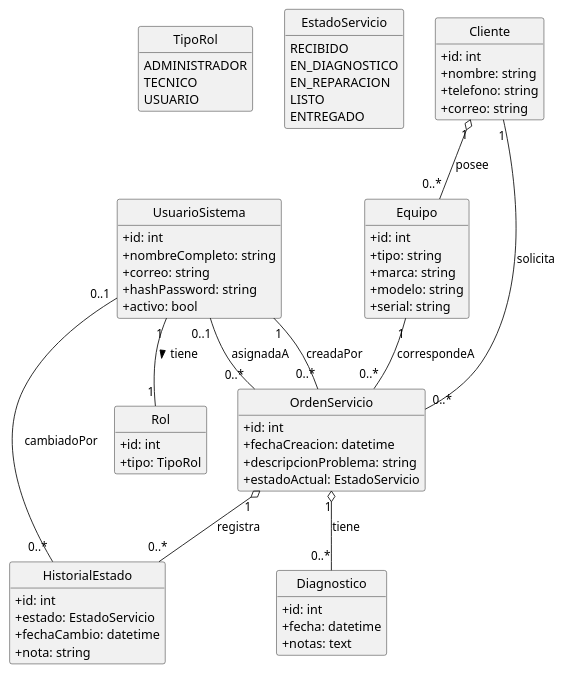
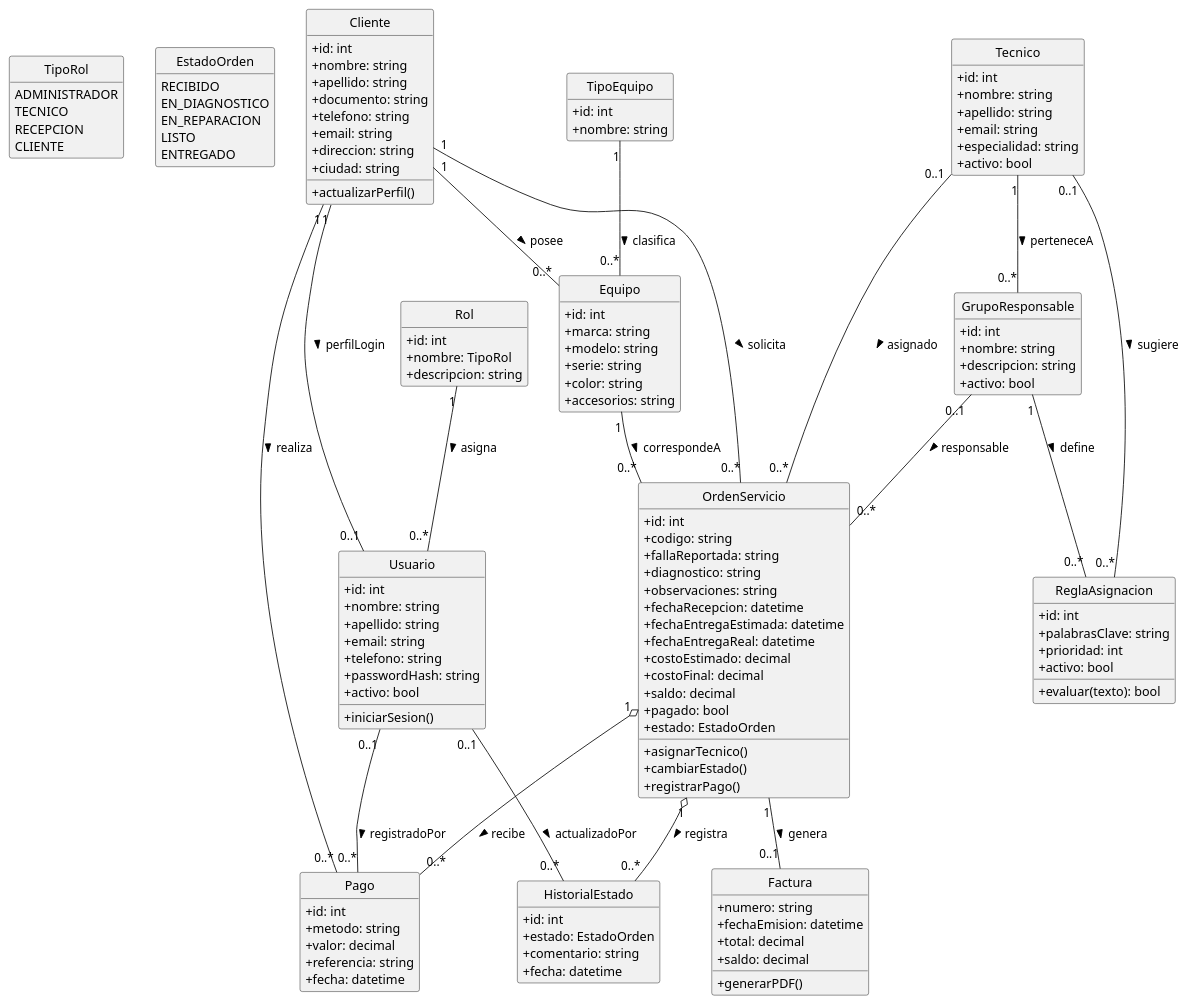
The diagram in ProyectoReparacionEquipos/docs/DiagramaClases.puml (General-Jhon/SoftwareReparacionEquipos), drawn with PlantUML before and after one commit. The commit also changed 4 other files, not shown here.

Commit message:
docs: actualizar historias, diagrama y mockups

```diff
--- a/ProyectoReparacionEquipos/docs/DiagramaClases.puml
+++ b/ProyectoReparacionEquipos/docs/DiagramaClases.puml
@@ -1,96 +1,156 @@
 @startuml
 
-'PARA VISUALIZAR EL DIAGRAMA SE DEBE USAR ALT + D '
+' Visualizar en VS Code con la extension PlantUML (Alt + D)
 skinparam classAttributeIconSize 0
 hide circle
 hide empty members
 
 enum TipoRol {
   ADMINISTRADOR
   TECNICO
-  USUARIO
+  RECEPCION
+  CLIENTE
 }
 
-enum EstadoServicio {
+enum EstadoOrden {
   RECIBIDO
   EN_DIAGNOSTICO
   EN_REPARACION
   LISTO
   ENTREGADO
 }
 
-' =========================
-' Usuarios y roles
-' =========================
-class UsuarioSistema {
+class Rol {
   +id: int
-  +nombreCompleto: string
-  +correo: string
-  +hashPassword: string
+  +nombre: TipoRol
+  +descripcion: string
+}
+
+class Usuario {
+  +id: int
+  +nombre: string
+  +apellido: string
+  +email: string
+  +telefono: string
+  +passwordHash: string
+  +activo: bool
+  +iniciarSesion()
+}
+
+class Cliente {
+  +id: int
+  +nombre: string
+  +apellido: string
+  +documento: string
+  +telefono: string
+  +email: string
+  +direccion: string
+  +ciudad: string
+  +actualizarPerfil()
+}
+
+class Tecnico {
+  +id: int
+  +nombre: string
+  +apellido: string
+  +email: string
+  +especialidad: string
   +activo: bool
 }
 
-class Rol {
+class GrupoResponsable {
   +id: int
-  +tipo: TipoRol
+  +nombre: string
+  +descripcion: string
+  +activo: bool
 }
 
-UsuarioSistema "1" -- "1" Rol : tiene >
+class ReglaAsignacion {
+  +id: int
+  +palabrasClave: string
+  +prioridad: int
+  +activo: bool
+  +evaluar(texto): bool
+}
 
-' =========================
-' Dominio: clientes y equipos
-' =========================
-class Cliente {
+class TipoEquipo {
   +id: int
   +nombre: string
-  +telefono: string
-  +correo: string
 }
 
 class Equipo {
   +id: int
-  +tipo: string
   +marca: string
   +modelo: string
-  +serial: string
+  +serie: string
+  +color: string
+  +accesorios: string
 }
 
-' =========================
-' Orden de servicio
-' =========================
 class OrdenServicio {
   +id: int
-  +fechaCreacion: datetime
-  +descripcionProblema: string
-  +estadoActual: EstadoServicio
-}
-
-class Diagnostico {
-  +id: int
-  +fecha: datetime
-  +notas: text
+  +codigo: string
+  +fallaReportada: string
+  +diagnostico: string
+  +observaciones: string
+  +fechaRecepcion: datetime
+  +fechaEntregaEstimada: datetime
+  +fechaEntregaReal: datetime
+  +costoEstimado: decimal
+  +costoFinal: decimal
+  +saldo: decimal
+  +pagado: bool
+  +estado: EstadoOrden
+  +asignarTecnico()
+  +cambiarEstado()
+  +registrarPago()
 }
 
 class HistorialEstado {
   +id: int
-  +estado: EstadoServicio
-  +fechaCambio: datetime
-  +nota: string
+  +estado: EstadoOrden
+  +comentario: string
+  +fecha: datetime
 }
 
-' =========================
-' Relaciones
-' =========================
-Cliente "1" o-- "0..*" Equipo : posee
-Cliente "1" -- "0..*" OrdenServicio : solicita
-Equipo "1" -- "0..*" OrdenServicio : correspondeA
+class Pago {
+  +id: int
+  +metodo: string
+  +valor: decimal
+  +referencia: string
+  +fecha: datetime
+}
 
-UsuarioSistema "1" -- "0..*" OrdenServicio : creadaPor
-UsuarioSistema "0..1" -- "0..*" OrdenServicio : asignadaA
+class Factura {
+  +numero: string
+  +fechaEmision: datetime
+  +total: decimal
+  +saldo: decimal
+  +generarPDF()
+}
 
-OrdenServicio "1" o-- "0..*" Diagnostico : tiene
-OrdenServicio "1" o-- "0..*" HistorialEstado : registra
+Rol "1" -- "0..*" Usuario : asigna >
+Cliente "1" -- "0..1" Usuario : perfilLogin >
 
-UsuarioSistema "0..1" -- "0..*" HistorialEstado : cambiadoPor
+Cliente "1" -- "0..*" Equipo : posee >
+TipoEquipo "1" -- "0..*" Equipo : clasifica >
+
+Cliente "1" -- "0..*" OrdenServicio : solicita >
+Equipo "1" -- "0..*" OrdenServicio : correspondeA >
+Tecnico "0..1" -- "0..*" OrdenServicio : asignado >
+GrupoResponsable "0..1" -- "0..*" OrdenServicio : responsable >
+
+OrdenServicio "1" o-- "0..*" HistorialEstado : registra >
+Usuario "0..1" -- "0..*" HistorialEstado : actualizadoPor >
+
+OrdenServicio "1" o-- "0..*" Pago : recibe >
+Cliente "1" -- "0..*" Pago : realiza >
+Usuario "0..1" -- "0..*" Pago : registradoPor >
+
+OrdenServicio "1" -- "0..1" Factura : genera >
+
+Tecnico "1" -- "0..*" GrupoResponsable : perteneceA >
+GrupoResponsable "1" -- "0..*" ReglaAsignacion : define >
+Tecnico "0..1" -- "0..*" ReglaAsignacion : sugiere >
 
 @enduml
```
